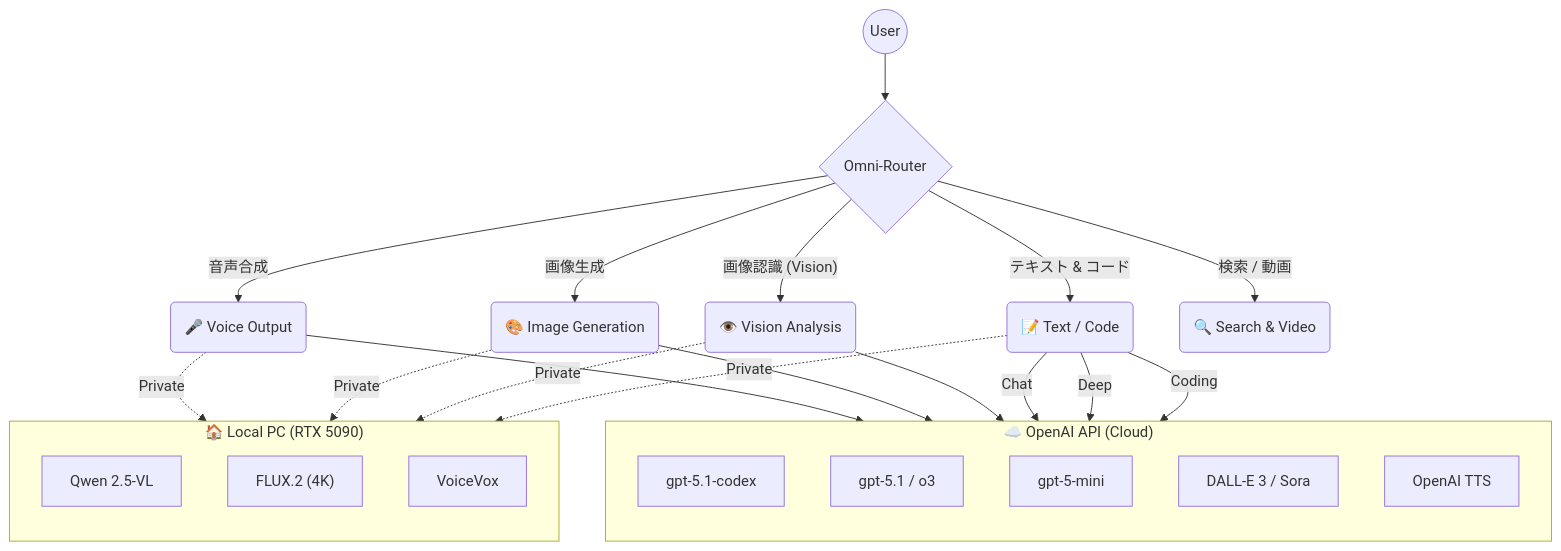
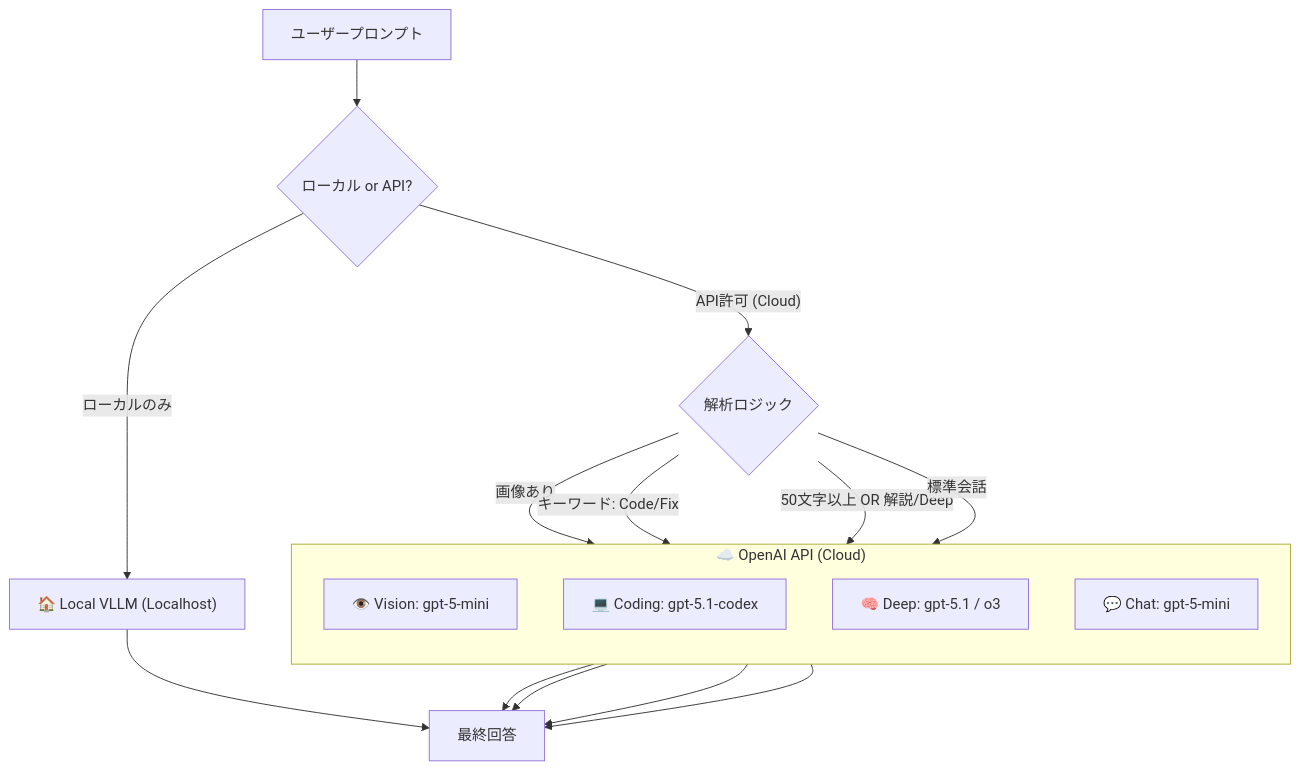
One commit to YoneRai12/YonerAI changed the diagram in README_JP.md. Above: the diagram before and after it, drawn with Mermaid. The commit also changed 1 other file, not shown here.

Commit message:
Docs: Revert to previous Router Flow but add Cloud Group Frame as requested

````diff
--- a/README_JP.md
+++ b/README_JP.md
@@ -60,48 +60,31 @@
 ```mermaid
 graph TD
-    User((User)) --> Router{Omni-Router}
+    UserInput["ユーザープロンプト"] --> RouteCheck{ローカル or API?}
 
-    %% Central Hub: Capabilities
-    Router --> |"テキスト & コード"| TextTask(📝 Text / Code)
-    Router --> |"画像認識 (Vision)"| VisTask(👁️ Vision Analysis)
-    Router --> |"画像生成"| GenTask(🎨 Image Generation)
-    Router --> |"音声合成"| VoiceTask(🎤 Voice Output)
-    Router --> |"検索 / 動画"| WebTask(🔍 Search & Video)
+    %% Right Branch: Local
+    RouteCheck -- "ローカルのみ" --> LocalPath["🏠 Local VLLM (Localhost)"]
+
+    %% Left Branch: Cloud (API)
+    RouteCheck -- "API許可 (Cloud)" --> OmniRouter{解析ロジック}
 
     %% Cloud Subgraph
     subgraph Cloud ["☁️ OpenAI API (Cloud)"]
         direction TB
-        C_Codex["gpt-5.1-codex"]
-        C_High["gpt-5.1 / o3"]
-        C_Mini["gpt-5-mini"]
-        C_Dalle["DALL-E 3 / Sora"]
-        C_Voice["OpenAI TTS"]
+        VisionModel["👁️ Vision: gpt-5-mini"]
+        CodingModel["💻 Coding: gpt-5.1-codex"]
+        HighModel["🧠 Deep: gpt-5.1 / o3"]
+        StdModel["💬 Chat: gpt-5-mini"]
     end
 
-    %% Local Subgraph
-    subgraph Local ["🏠 Local PC (RTX 5090)"]
-        direction TB
-        L_LLM["Qwen 2.5-VL"]
-        L_Flux["FLUX.2 (4K)"]
-        L_Voice["VoiceVox"]
-    end
+    OmniRouter -- "画像あり" --> VisionModel
+    OmniRouter -- "キーワード: Code/Fix" --> CodingModel
+    OmniRouter -- "50文字以上 OR 解説/Deep" --> HighModel
+    OmniRouter -- "標準会話" --> StdModel
 
-    %% Connections
-    %% Text Routing
-    TextTask -- "Coding" --> C_Codex
-    TextTask -- "Deep" --> C_High
-    TextTask -- "Chat" --> C_Mini
-    TextTask -.-> |"Private"| L_LLM
-
-    %% Vision Routing
-    VisTask --> C_Mini
-    VisTask -.-> |"Private"| L_LLM
-
-    %% Generation Routing
-    GenTask --> C_Dalle
-    GenTask -.-> |"Private"| L_Flux
-
-    %% Voice Routing
-    VoiceTask --> C_Voice
-    VoiceTask -.-> |"Private"| L_Voice
+    %% Final Output
+    VisionModel --> Response["最終回答"]
+    CodingModel --> Response
+    HighModel --> Response
+    StdModel --> Response
+    LocalPath --> Response
 ```
````
